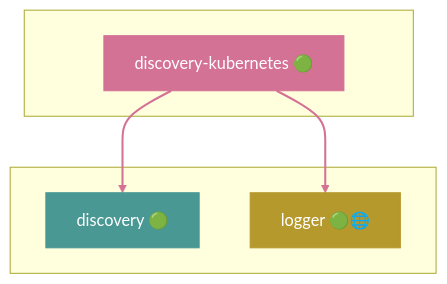
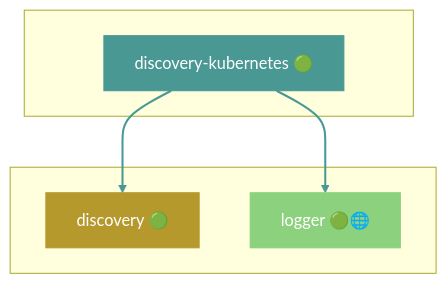
Diagram 15 of 49 in docs/DEPENDENCIES.md (grest-ts/grest-ts), drawn with Mermaid before and after one commit. The commit also changed other lines of this file and 8 other files, not shown here.

````diff
--- a/docs/DEPENDENCIES.md
+++ b/docs/DEPENDENCIES.md
@@ -1043,17 +1009,17 @@
 ```mermaid
 flowchart TB
     subgraph Package[" "]
         discovery-kubernetes["discovery-kubernetes 🟢"]
     end
     subgraph Dependencies[" "]
         discovery["discovery 🟢"]
         logger["logger 🟢🌐"]
     end
     discovery-kubernetes --> discovery
     discovery-kubernetes --> logger
-    style discovery-kubernetes fill:#D37295,stroke:#D37295,color:#fff
-    style discovery fill:#499894,stroke:#499894,color:#fff
-    style logger fill:#B6992D,stroke:#B6992D,color:#fff
-    linkStyle 0 stroke:#D37295,stroke-width:2px
-    linkStyle 1 stroke:#D37295,stroke-width:2px
+    style discovery-kubernetes fill:#499894,stroke:#499894,color:#fff
+    style discovery fill:#B6992D,stroke:#B6992D,color:#fff
+    style logger fill:#8CD17D,stroke:#8CD17D,color:#fff
+    linkStyle 0 stroke:#499894,stroke-width:2px
+    linkStyle 1 stroke:#499894,stroke-width:2px
 ```
````
